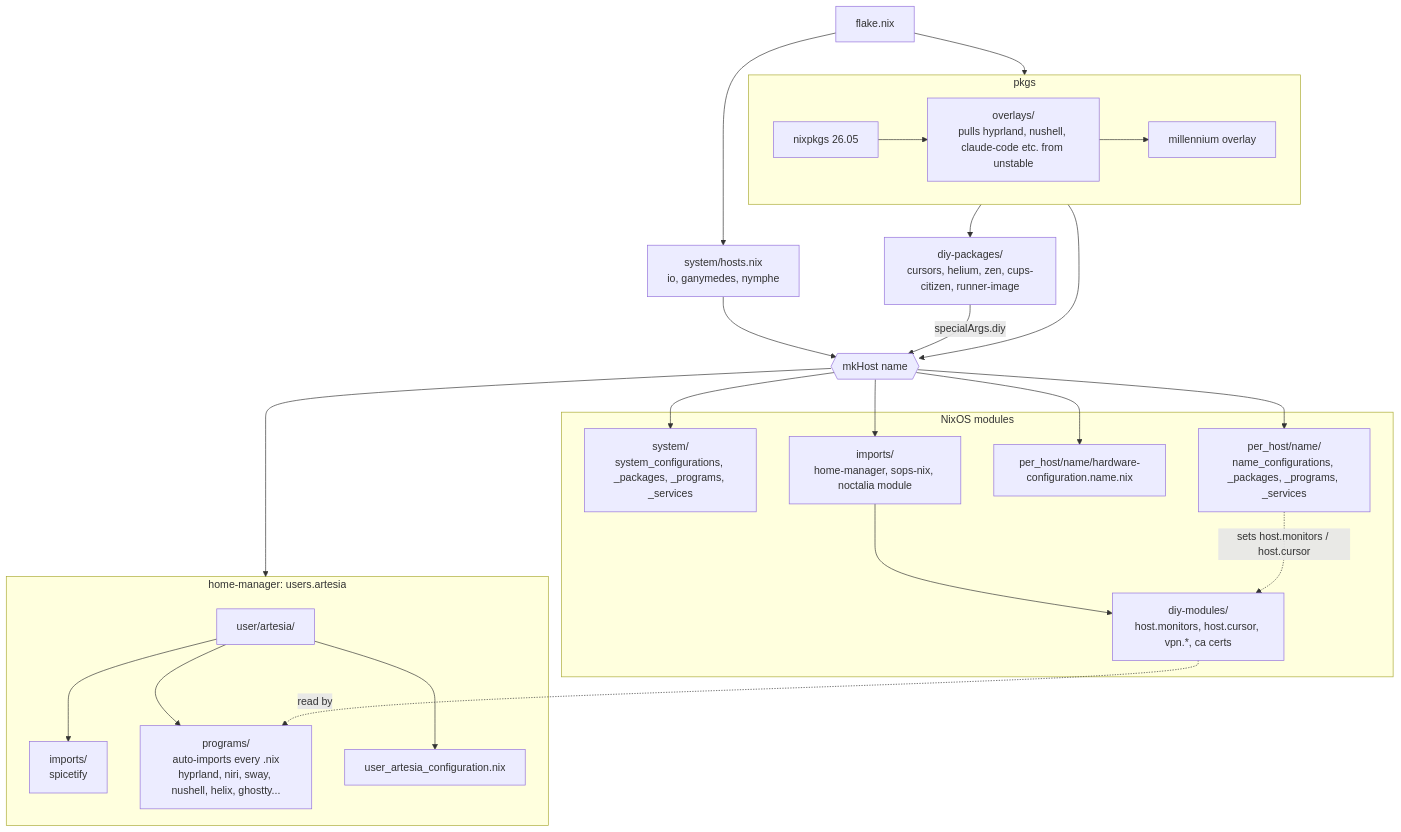
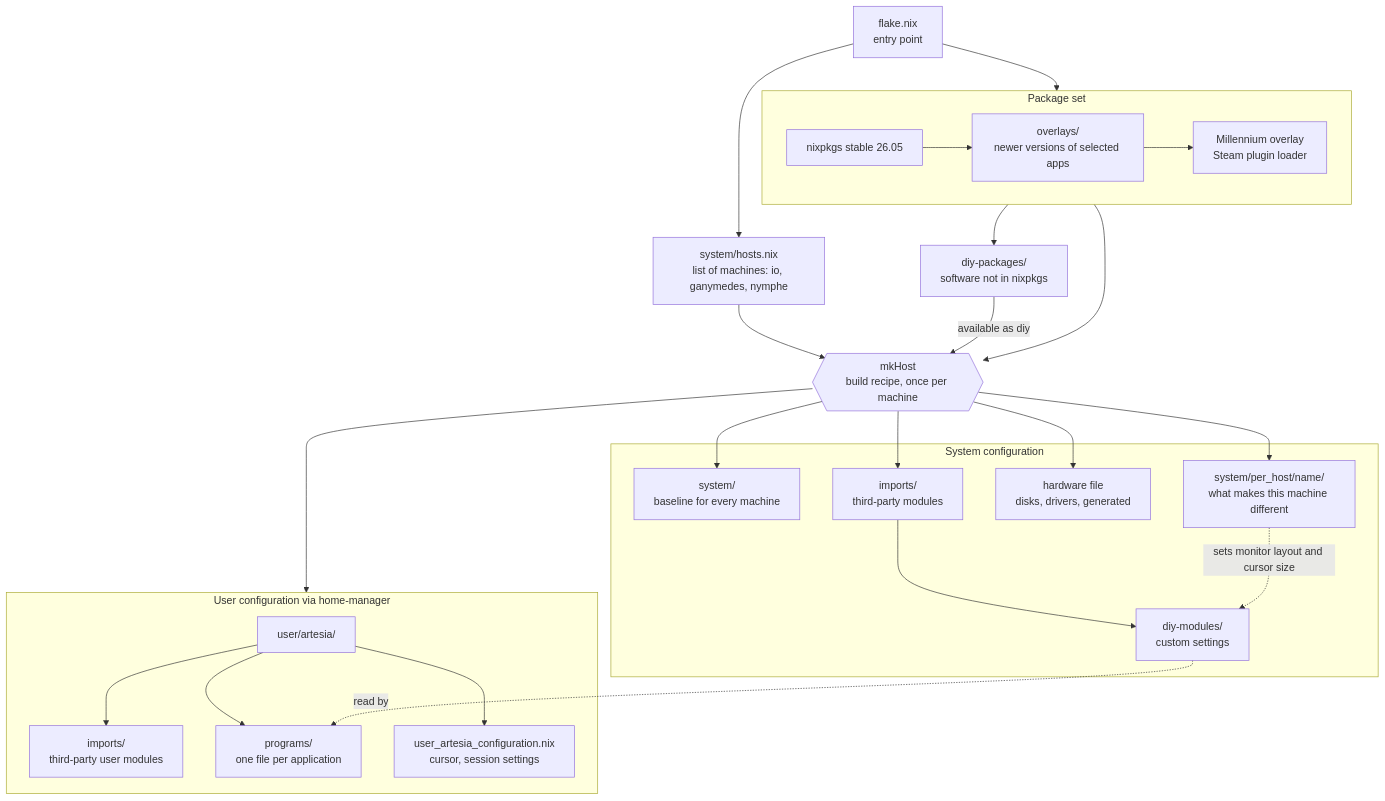
Before and after one commit to 68656c6c/celestial: the first of 2 diagrams in docs/structure.md, drawn with Mermaid. The commit also changed other lines of this file, not shown here.

Commit message:
make structure doc readable without nix knowledge

````diff
--- a/docs/structure.md
+++ b/docs/structure.md
@@ -7,45 +25,45 @@
 ```mermaid
 flowchart TD
-    flake[flake.nix]
-    hosts[system/hosts.nix<br/>io, ganymedes, nymphe]
-    mkHost{{mkHost name}}
+    flake["flake.nix<br/>entry point"]
+    hosts["system/hosts.nix<br/>list of machines: io, ganymedes, nymphe"]
+    mkHost{{"mkHost<br/>build recipe, once per machine"}}
 
     flake --> hosts --> mkHost
 
-    subgraph pkgset[pkgs]
-        nixpkgs[nixpkgs 26.05]
-        overlays[overlays/<br/>pulls hyprland, nushell, claude-code etc. from unstable]
-        millennium[millennium overlay]
+    subgraph pkgset["Package set"]
+        nixpkgs["nixpkgs stable 26.05"]
+        overlays["overlays/<br/>newer versions of selected apps"]
+        millennium["Millennium overlay<br/>Steam plugin loader"]
         nixpkgs --> overlays --> millennium
     end
 
-    diypkgs[diy-packages/<br/>cursors, helium, zen, cups-citizen, runner-image]
+    diypkgs["diy-packages/<br/>software not in nixpkgs"]
 
     flake --> pkgset
     pkgset --> diypkgs
     pkgset --> mkHost
-    diypkgs -->|"specialArgs.diy"| mkHost
+    diypkgs -->|"available as diy"| mkHost
 
-    subgraph nixos[NixOS modules]
-        system[system/<br/>system_configurations, _packages, _programs, _services]
-        imports[imports/<br/>home-manager, sops-nix, noctalia module]
-        diymods[diy-modules/<br/>host.monitors, host.cursor, vpn.*, ca certs]
-        hw[per_host/name/hardware-configuration.name.nix]
-        perhost[per_host/name/<br/>name_configurations, _packages, _programs, _services]
+    subgraph nixos["System configuration"]
+        system["system/<br/>baseline for every machine"]
+        imports["imports/<br/>third-party modules"]
+        diymods["diy-modules/<br/>custom settings"]
+        hw["hardware file<br/>disks, drivers, generated"]
+        perhost["system/per_host/name/<br/>what makes this machine different"]
         imports --> diymods
     end
 
     mkHost --> system & imports & hw & perhost
 
-    subgraph hm[home-manager: users.artesia]
-        user[user/artesia/]
-        uimports[imports/<br/>spicetify]
-        programs[programs/<br/>auto-imports every .nix<br/>hyprland, niri, sway, nushell, helix, ghostty...]
-        ucfg[user_artesia_configuration.nix]
+    subgraph hm["User configuration via home-manager"]
+        user["user/artesia/"]
+        uimports["imports/<br/>third-party user modules"]
+        programs["programs/<br/>one file per application"]
+        ucfg["user_artesia_configuration.nix<br/>cursor, session settings"]
         user --> uimports & programs & ucfg
     end
 
     mkHost --> hm
-    perhost -.->|"sets host.monitors / host.cursor"| diymods
+    perhost -.->|"sets monitor layout and cursor size"| diymods
     diymods -.->|"read by"| programs
 ```
````
